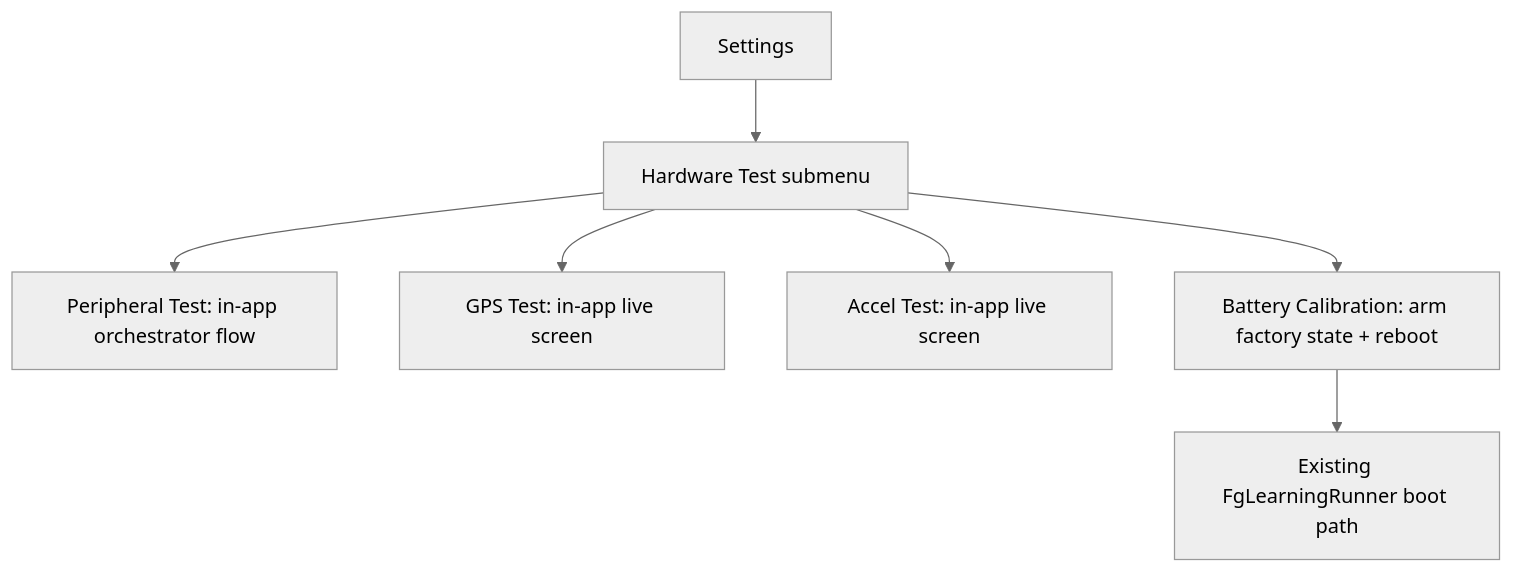
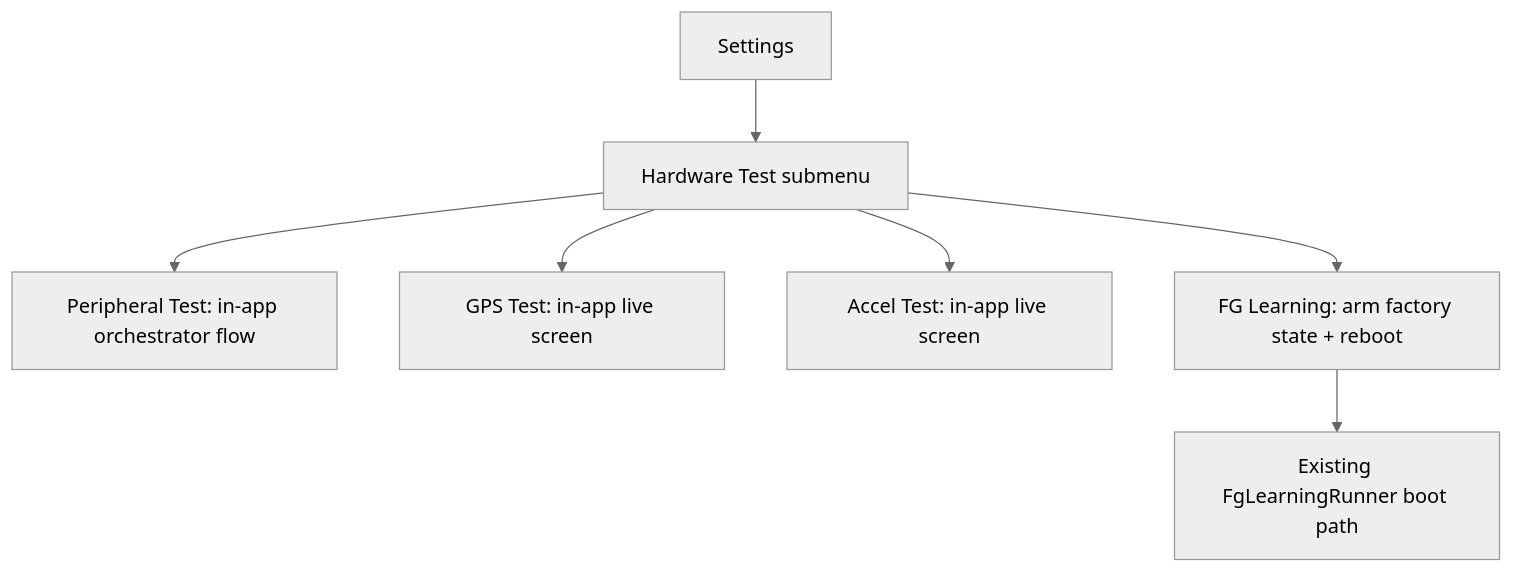
One commit to Matrikss/firmware-core changed the first of 2 diagrams in products/go/specs/hardware_test.md. Above: the diagram before and after it, drawn with Mermaid (neutral theme). The commit also changed other lines of this file and 8 other files, not shown here.

First line of the commit message:
Revert "fix(go): clarify battery calibration wording"

````diff
--- a/products/go/specs/hardware_test.md
+++ b/products/go/specs/hardware_test.md
@@ -110,9 +110,9 @@
 ```mermaid
 flowchart TD
     Settings --> HT[Hardware Test submenu]
     HT --> PT[Peripheral Test: in-app orchestrator flow]
     HT --> GT[GPS Test: in-app live screen]
     HT --> AT[Accel Test: in-app live screen]
-    HT --> FG[Battery Calibration: arm factory state + reboot]
+    HT --> FG[FG Learning: arm factory state + reboot]
     FG --> Runner[Existing FgLearningRunner boot path]
 ```
````
